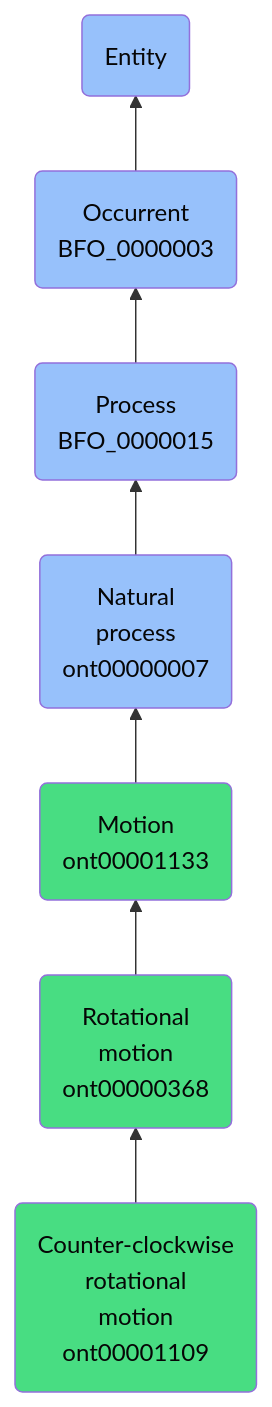
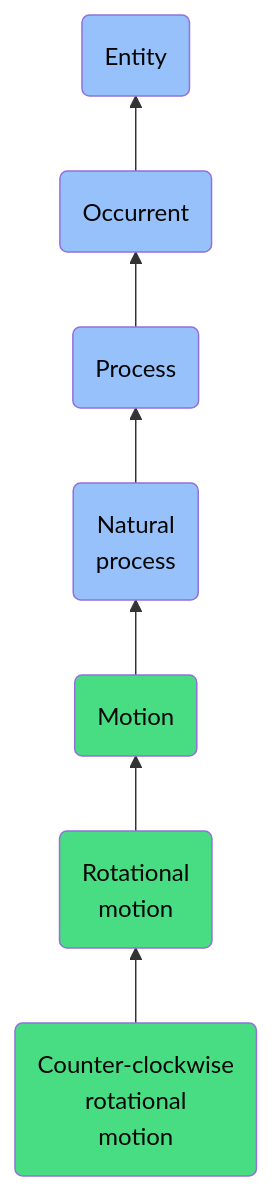
One commit to jupyter-naas/abi changed the diagram in docs/ontology/reference/model/Entity/Occurrent/Process/Natural process/Motion/Rotational motion/Counter-clockwise rotational motion/Counter-clockwise rotational motion.md. Above: the diagram before and after it, drawn with Mermaid. The commit also changed other lines of this file and 1430 other files, not shown here.

````diff
--- a/docs/ontology/reference/model/Entity/Occurrent/Process/Natural process/Motion/Rotational motion/Counter-clockwise rotational motion/Counter-clockwise rotational motion.md
+++ b/docs/ontology/reference/model/Entity/Occurrent/Process/Natural process/Motion/Rotational motion/Counter-clockwise rotational motion/Counter-clockwise rotational motion.md
@@ -26,14 +26,14 @@
 ```mermaid
 graph BT
-    ont00001109(Counter-clockwise<br>rotational<br>motion<br>ont00001109):::ABI-->ont00000368
-    ont00000368(Rotational<br>motion<br>ont00000368):::ABI-->ont00001133
-    ont00001133(Motion<br>ont00001133):::ABI-->ont00000007
-    ont00000007(Natural<br>process<br>ont00000007):::BFO-->BFO_0000015
-    BFO_0000015(Process<br>BFO_0000015):::BFO-->BFO_0000003
-    BFO_0000003(Occurrent<br>BFO_0000003):::BFO-->BFO_0000001
+    ont00001109(Counter-clockwise<br>rotational<br>motion):::ABI-->ont00000368
+    ont00000368(Rotational<br>motion):::ABI-->ont00001133
+    ont00001133(Motion):::ABI-->ont00000007
+    ont00000007(Natural<br>process):::BFO-->BFO_0000015
+    BFO_0000015(Process):::BFO-->BFO_0000003
+    BFO_0000003(Occurrent):::BFO-->BFO_0000001
     BFO_0000001(Entity):::BFO
     
     classDef BFO fill:#97c1fb,color:#060606
     classDef CCO fill:#e4c51e,color:#060606
     classDef ABI fill:#48DD82,color:#060606
 ```
````
